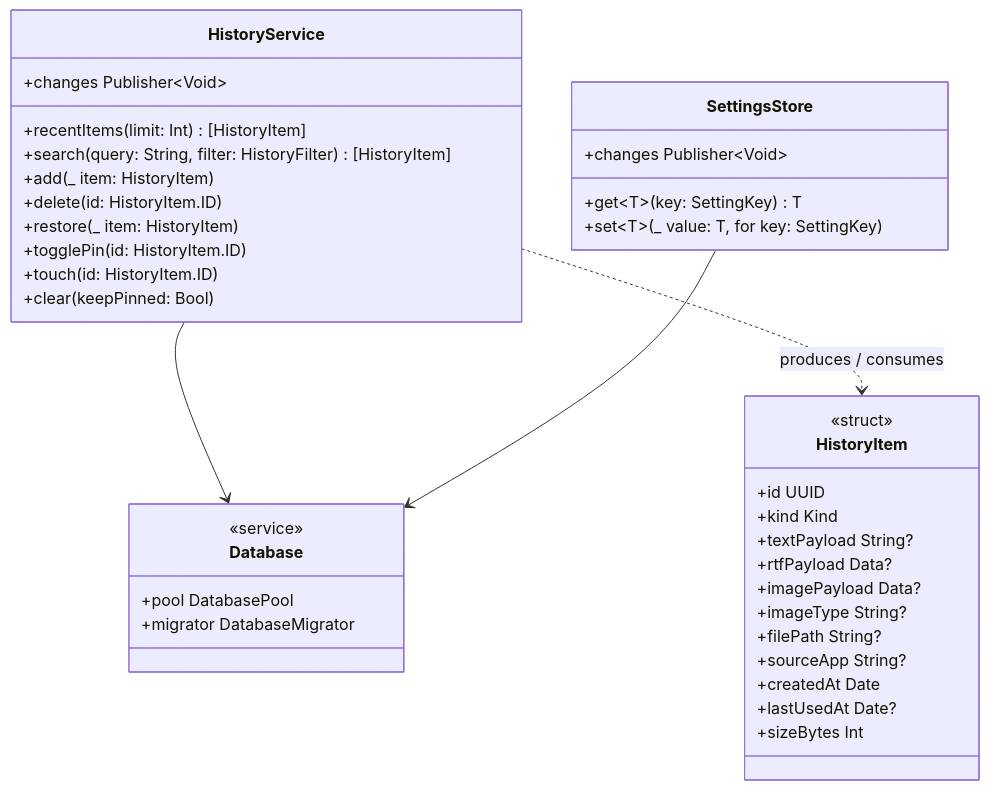
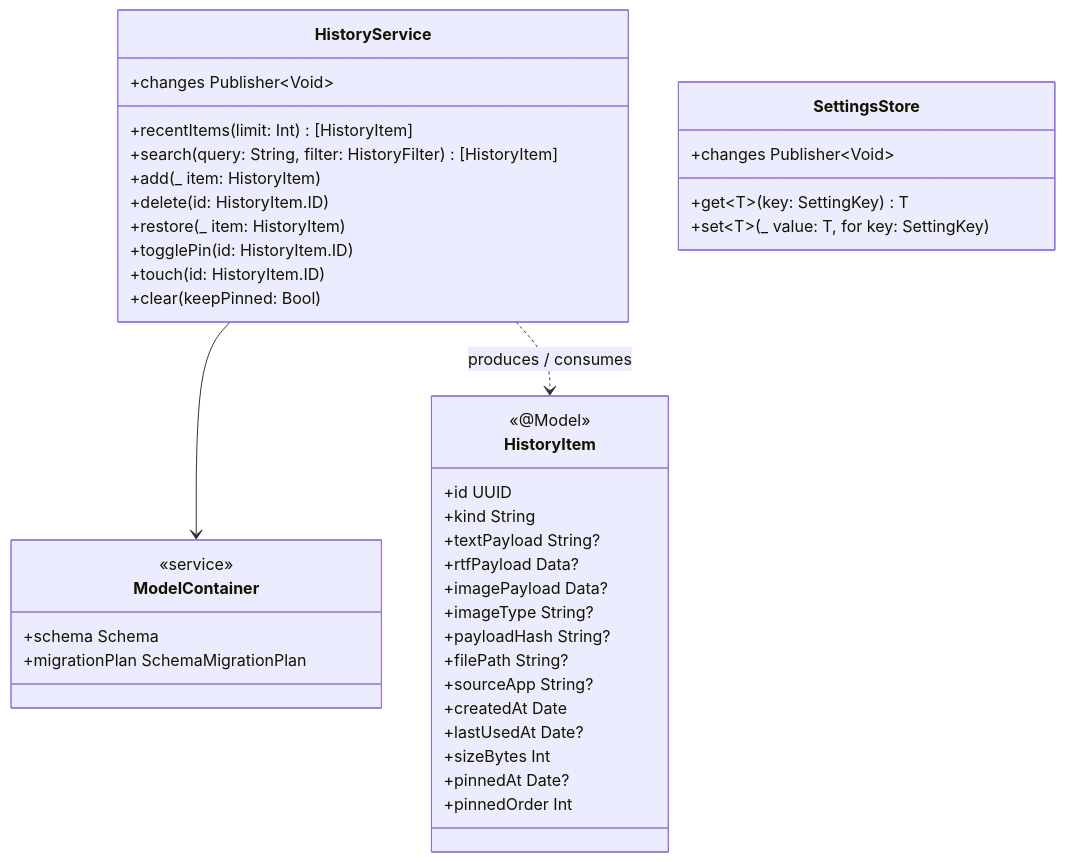
Before and after one commit to DIO0550/mac-clip-shelf: the first of 4 diagrams in docs/clip-shelf/persistence-spec.md, drawn with Mermaid. The commit also changed other lines of this file and 7 other files, not shown here.

````diff
--- a/docs/clip-shelf/persistence-spec.md
+++ b/docs/clip-shelf/persistence-spec.md
@@ -12,45 +12,47 @@
 ```mermaid
 classDiagram
     class HistoryService {
         +recentItems(limit: Int) [HistoryItem]
         +search(query: String, filter: HistoryFilter) [HistoryItem]
         +add(_ item: HistoryItem)
         +delete(id: HistoryItem.ID)
         +restore(_ item: HistoryItem)
         +togglePin(id: HistoryItem.ID)
         +touch(id: HistoryItem.ID)
         +clear(keepPinned: Bool)
         +changes Publisher~Void~
     }
 
     class SettingsStore {
         +get~T~(key: SettingKey) T
         +set~T~(_ value: T, for key: SettingKey)
         +changes Publisher~Void~
     }
 
     class HistoryItem {
-        <<struct>>
+        <<@Model>>
         +id UUID
-        +kind Kind
+        +kind String
         +textPayload String?
         +rtfPayload Data?
         +imagePayload Data?
         +imageType String?
+        +payloadHash String?
         +filePath String?
         +sourceApp String?
         +createdAt Date
         +lastUsedAt Date?
         +sizeBytes Int
+        +pinnedAt Date?
+        +pinnedOrder Int
     }
 
-    class Database {
+    class ModelContainer {
         <<service>>
-        +pool DatabasePool
-        +migrator DatabaseMigrator
+        +schema Schema
+        +migrationPlan SchemaMigrationPlan
     }
 
-    HistoryService --> Database
-    SettingsStore --> Database
+    HistoryService --> ModelContainer
     HistoryService ..> HistoryItem : produces / consumes
 ```
````
